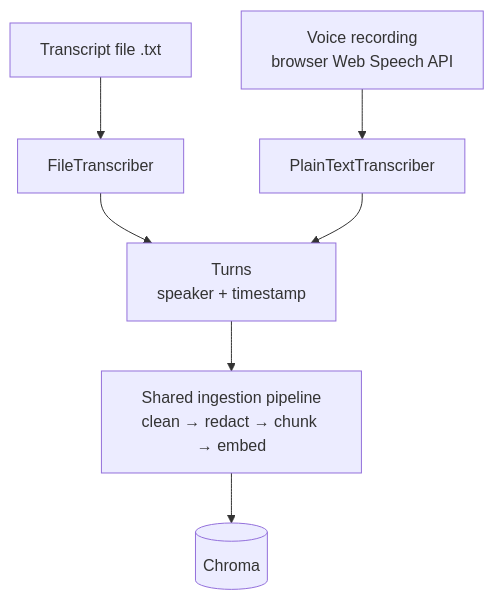
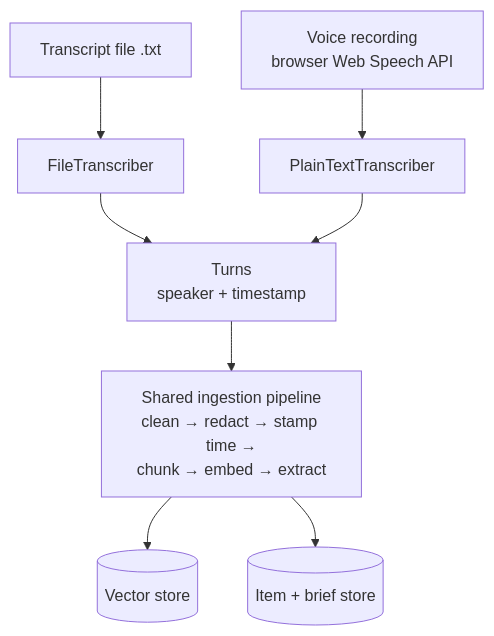
The second of 5 diagrams in meeting-intelligence/docs/architecture.md (Farzinkh/newpage_solutions), drawn with Mermaid before and after one commit. The commit also changed other lines of this file and 3 other files, not shown here.

First line of the commit message:
docs: bring architecture and READMEs up to date with current features

````diff
--- a/meeting-intelligence/docs/architecture.md
+++ b/meeting-intelligence/docs/architecture.md
@@ -49,9 +61,10 @@
 ```mermaid
 flowchart TD
     F[Transcript file .txt] --> FT[FileTranscriber]
     V[Voice recording<br/>browser Web Speech API] --> VT[PlainTextTranscriber]
     FT --> N[Turns<br/>speaker + timestamp]
     VT --> N
-    N --> SP[Shared ingestion pipeline<br/>clean → redact → chunk → embed]
-    SP --> VS[(Chroma)]
+    N --> SP[Shared ingestion pipeline<br/>clean → redact → stamp time →<br/>chunk → embed → extract]
+    SP --> VS[(Vector store)]
+    SP --> IS[(Item + brief store)]
 ```
````
